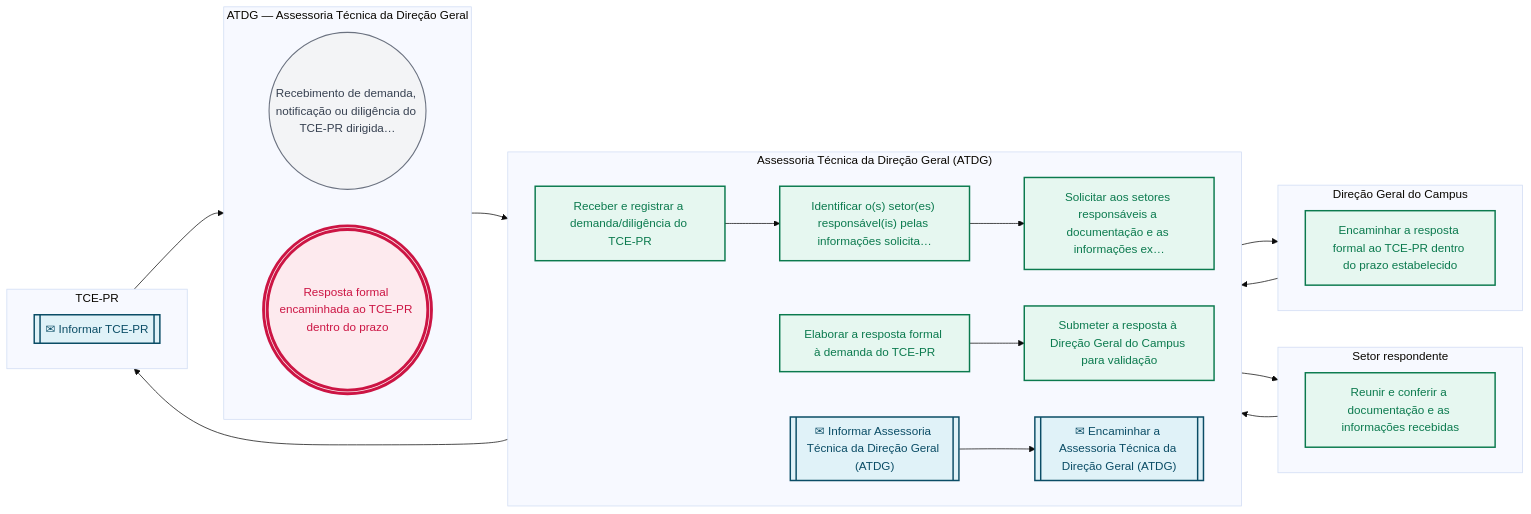
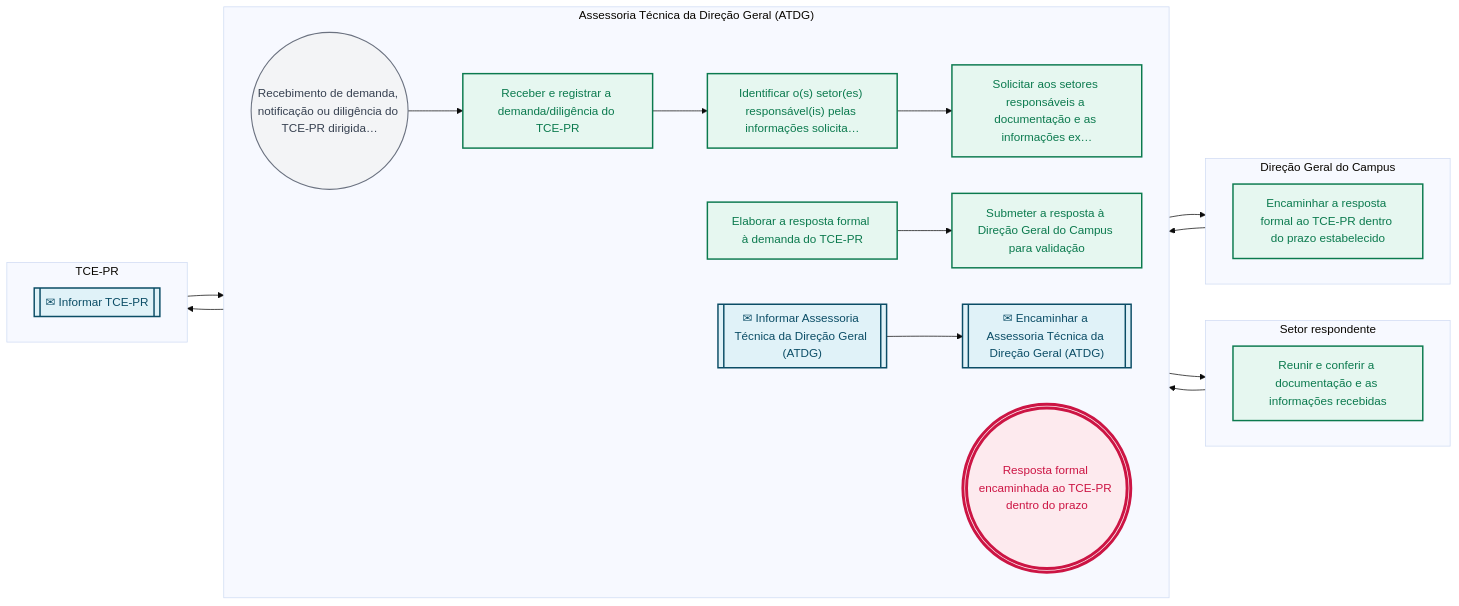
One commit to jessefers/canvas-vivo-atdg changed the second of 2 diagrams in pops/CTR/CTR-01.md. Above: the diagram before and after it, drawn with Mermaid (base theme). The commit also changed other lines of this file and 107 other files, not shown here.

````diff
--- a/pops/CTR/CTR-01.md
+++ b/pops/CTR/CTR-01.md
@@ -153,51 +153,48 @@
 ```mermaid
 flowchart LR
-  subgraph R1["ATDG — Assessoria Técnica da Direção Geral"]
+  subgraph R1["Assessoria Técnica da Direção Geral (ATDG)"]
     direction LR
     e1(("Recebimento de demanda, notificação ou diligência do TCE-PR dirigida…"))
-    e12((("Resposta formal encaminhada ao TCE-PR dentro do prazo")))
-  end
-  subgraph R2["Assessoria Técnica da Direção Geral (ATDG)"]
-    direction LR
     e2["Receber e registrar a demanda/diligência do TCE-PR"]
     e3["Identificar o(s) setor(es) responsável(is) pelas informações solicita…"]
     e4["Solicitar aos setores responsáveis a documentação e as informações ex…"]
     e6["Elaborar a resposta formal à demanda do TCE-PR"]
     e7["Submeter a resposta à Direção Geral do Campus para validação"]
     e9[["✉ Informar Assessoria Técnica da Direção Geral (ATDG)"]]
     e10[["✉ Encaminhar a Assessoria Técnica da Direção Geral (ATDG)"]]
+    e12((("Resposta formal encaminhada ao TCE-PR dentro do prazo")))
   end
-  subgraph R3["Setor respondente"]
+  subgraph R2["Setor respondente"]
     direction LR
     e5["Reunir e conferir a documentação e as informações recebidas"]
   end
-  subgraph R4["Direção Geral do Campus"]
+  subgraph R3["Direção Geral do Campus"]
     direction LR
     e8["Encaminhar a resposta formal ao TCE-PR dentro do prazo estabelecido"]
   end
-  subgraph R5["TCE-PR"]
+  subgraph R4["TCE-PR"]
     direction LR
     e11[["✉ Informar TCE-PR"]]
   end
   e1 --> e2
   e2 --> e3
   e3 --> e4
   e4 --> e5
   e5 --> e6
   e6 --> e7
   e7 --> e8
   e8 --> e9
   e9 --> e10
   e10 --> e11
   e11 --> e12
   classDef inicio fill:#f3f4f6,stroke:#6b7280,stroke-width:1.5px,color:#374151
   classDef atividade fill:#E6F7F0,stroke:#0B7A4E,stroke-width:2px,color:#0B7A4E
   classDef decisao fill:#FFF4ED,stroke:#C9783A,stroke-width:2px,color:#C9783A
   classDef fim fill:#FDEAEE,stroke:#CC1544,stroke-width:4px,color:#CC1544
   classDef pausa fill:#FDEAEE,stroke:#CC1544,stroke-width:2px,color:#CC1544
   classDef captura fill:#E0F2F8,stroke:#0B4D66,stroke-width:2px,color:#0B4D66
   class e1 inicio
   class e2,e3,e4,e5,e6,e7,e8 atividade
   class e9,e10,e11 captura
   class e12 fim
 ```
````
